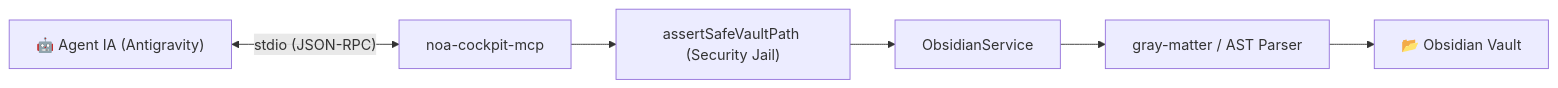
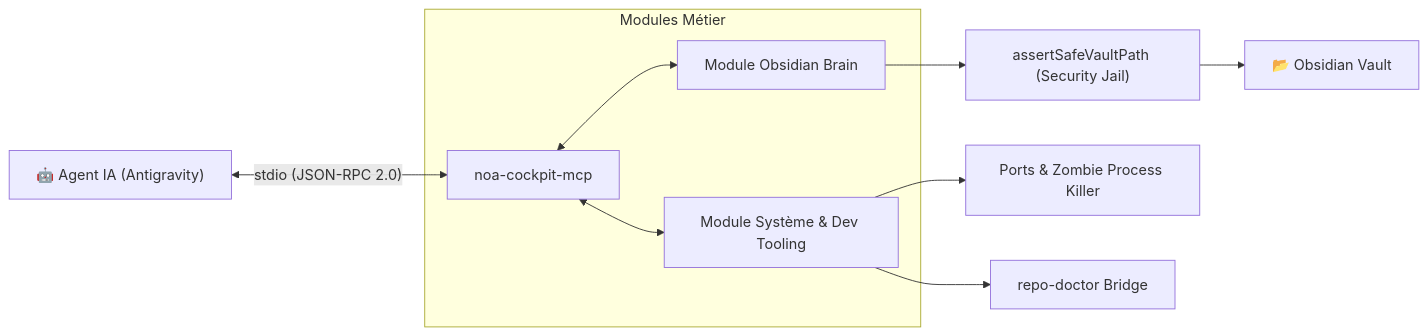
One commit to NewGamer62/noa-cockpit-mcp changed the diagram in README.md. Above: the diagram before and after it, drawn with Mermaid. The commit also changed other lines of this file and 6 other files, not shown here.

````diff
--- a/README.md
+++ b/README.md
@@ -47,8 +47,15 @@
 ```mermaid
 flowchart LR
-    Agent["🤖 Agent IA (Antigravity)"] <-->|"stdio (JSON-RPC)"| Server["noa-cockpit-mcp"]
-    Server --> Security["assertSafeVaultPath (Security Jail)"]
-    Security --> Service["ObsidianService"]
-    Service --> Parser["gray-matter / AST Parser"]
-    Parser --> Vault["📂 Obsidian Vault"]
+    Agent["🤖 Agent IA (Antigravity)"] <-->|"stdio (JSON-RPC 2.0)"| Server["noa-cockpit-mcp"]
+    
+    subgraph Modules["Modules Métier"]
+        Server <--> M1["Module Obsidian Brain"]
+        Server <--> M2["Module Système & Dev Tooling"]
+    end
+    
+    M1 --> Security["assertSafeVaultPath (Security Jail)"]
+    Security --> Vault["📂 Obsidian Vault"]
+    
+    M2 --> Ports["Ports & Zombie Process Killer"]
+    M2 --> RepoDoc["repo-doctor Bridge"]
 ```
````
